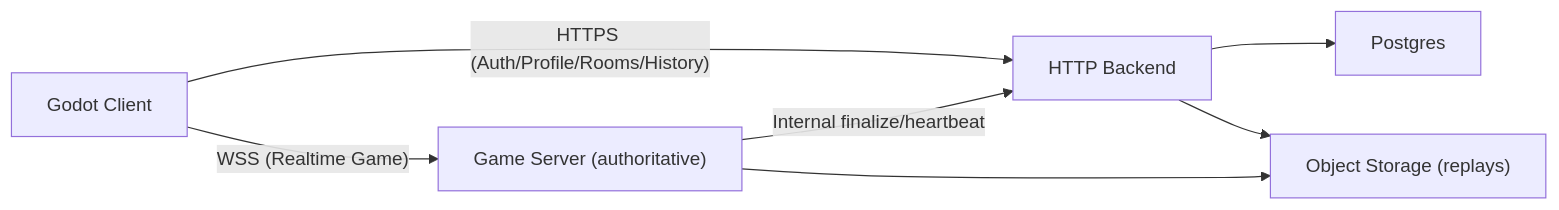
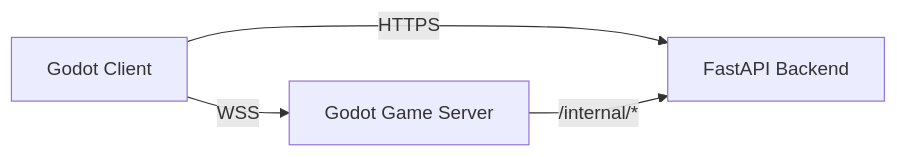
One commit to ygowill/food_chain_magnate changed the diagram in docs/architecture/71-online-platform-backend-and-accounts.md. Above: the diagram before and after it, drawn with Mermaid. The commit also changed other lines of this file and 82 other files, not shown here.

Commit message:
docs: reorganize documentation structure and refresh architecture docs

````diff
--- a/docs/architecture/71-online-platform-backend-and-accounts.md
+++ b/docs/architecture/71-online-platform-backend-and-accounts.md
@@ -47,9 +31,6 @@
 ```mermaid
 flowchart LR
-  Client["Godot Client"] -->|"HTTPS (Auth/Profile/Rooms/History)"| Backend["HTTP Backend"]
-  Client -->|"WSS (Realtime Game)"| GS["Game Server (authoritative)"]
-  Backend --> DB["Postgres"]
-  Backend --> OBJ["Object Storage (replays)"]
-  GS --> OBJ
-  GS -->|"Internal finalize/heartbeat"| Backend
+  Client["Godot Client"] -->|"HTTPS"| Backend["FastAPI Backend"]
+  Client -->|"WSS"| Server["Godot Game Server"]
+  Server -->|"/internal/*"| Backend
 ```
````
